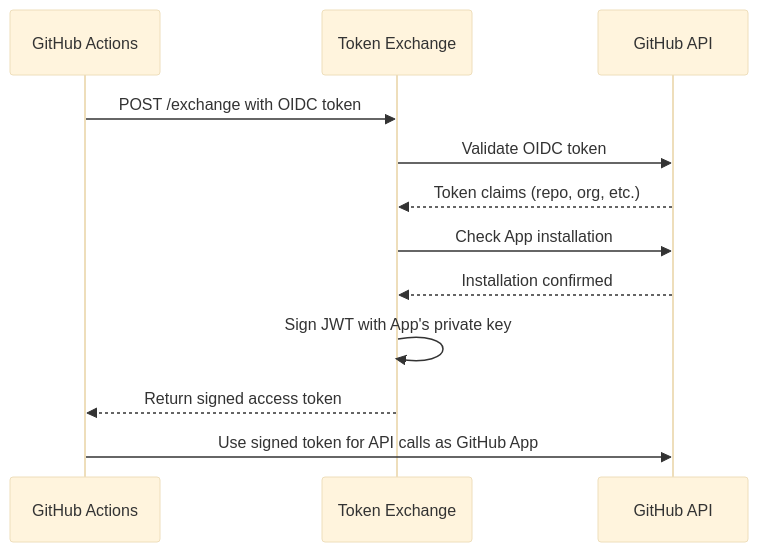
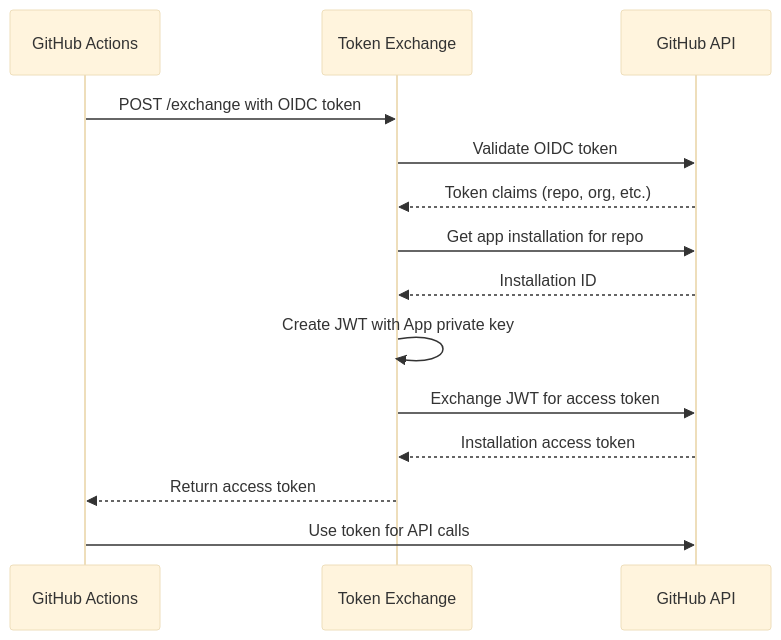
The diagram in README.md (mattmorgis/github-token-exchange), drawn with Mermaid (base theme) before and after one commit. The commit also changed other lines of this file, not shown here.

````diff
--- a/README.md
+++ b/README.md
@@ -18,15 +16,17 @@
 ```mermaid
 sequenceDiagram
     participant GHA as GitHub Actions
     participant TE as Token Exchange
     participant GitHub as GitHub API
 
     GHA->>TE: POST /exchange with OIDC token
     TE->>GitHub: Validate OIDC token
     GitHub-->>TE: Token claims (repo, org, etc.)
-    TE->>GitHub: Check App installation
-    GitHub-->>TE: Installation confirmed
-    TE->>TE: Sign JWT with App's private key
-    TE-->>GHA: Return signed access token
-    GHA->>GitHub: Use signed token for API calls as GitHub App
+    TE->>GitHub: Get app installation for repo
+    GitHub-->>TE: Installation ID
+    TE->>TE: Create JWT with App private key
+    TE->>GitHub: Exchange JWT for access token
+    GitHub-->>TE: Installation access token
+    TE-->>GHA: Return access token
+    GHA->>GitHub: Use token for API calls
 ```
````
